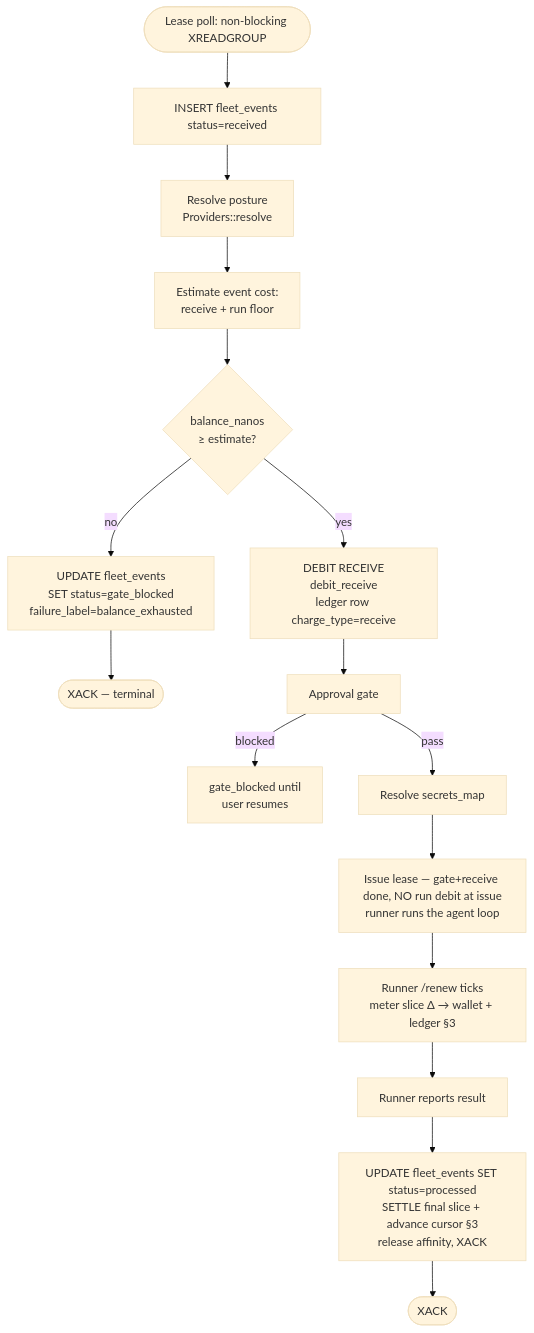
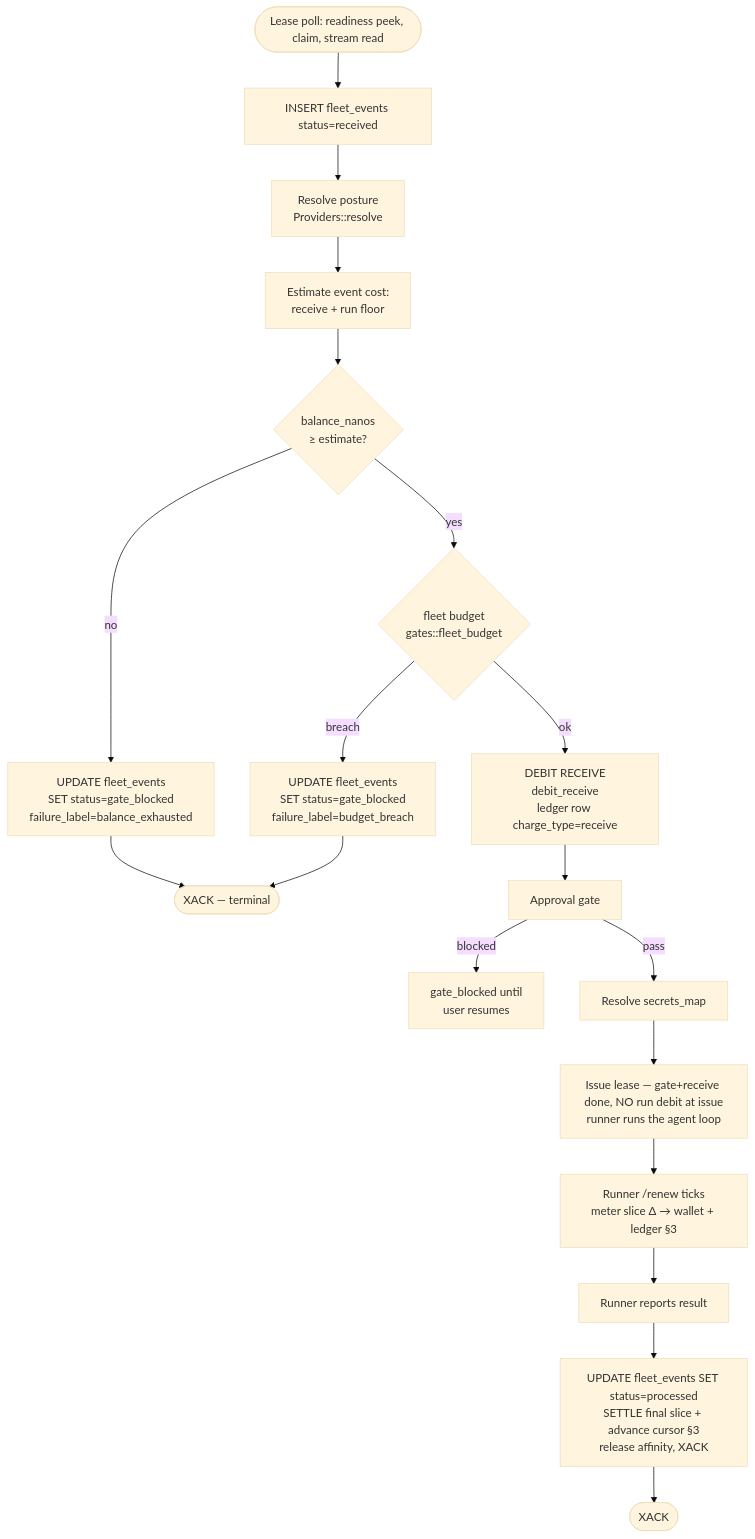
The diagram in docs/architecture/billing_and_provider_keys.md (agentsfleet/agentsfleet), drawn with Mermaid (base theme) before and after one commit. The commit also changed other lines of this file and 32 other files, not shown here.

````diff
--- a/docs/architecture/billing_and_provider_keys.md
+++ b/docs/architecture/billing_and_provider_keys.md
@@ -303,18 +301,21 @@
 ```mermaid
 flowchart TD
-    A([Lease poll: non-blocking XREADGROUP]) --> B[INSERT fleet_events status=received]
+    A([Lease poll: readiness peek, claim, stream read]) --> B[INSERT fleet_events status=received]
     B --> C[Resolve posture<br/>Providers::resolve]
     C --> D[Estimate event cost:<br/>receive + run floor]
     D --> E{balance_nanos<br/>≥ estimate?}
     E -->|no| Block[UPDATE fleet_events<br/>SET status=gate_blocked<br/>failure_label=balance_exhausted]
     Block --> X1([XACK — terminal])
-    E -->|yes| F[DEBIT RECEIVE<br/>debit_receive<br/>ledger row charge_type=receive]
+    E -->|yes| BG{fleet budget<br/>gates::fleet_budget}
+    BG -->|breach| BB[UPDATE fleet_events<br/>SET status=gate_blocked<br/>failure_label=budget_breach]
+    BB --> X1
+    BG -->|ok| F[DEBIT RECEIVE<br/>debit_receive<br/>ledger row charge_type=receive]
     F --> G[Approval gate]
     G -->|blocked| Wait[gate_blocked until<br/>user resumes]
     G -->|pass| H[Resolve secrets_map]
     H --> J[Issue lease — gate+receive done, NO run debit at issue<br/>runner runs the agent loop]
     J --> Renew[Runner /renew ticks<br/>meter slice Δ → wallet + ledger §3]
     Renew --> K[Runner reports result]
     K --> L[UPDATE fleet_events SET status=processed<br/>SETTLE final slice + advance cursor §3<br/>release affinity, XACK]
     L --> X2([XACK])
 ```
````
